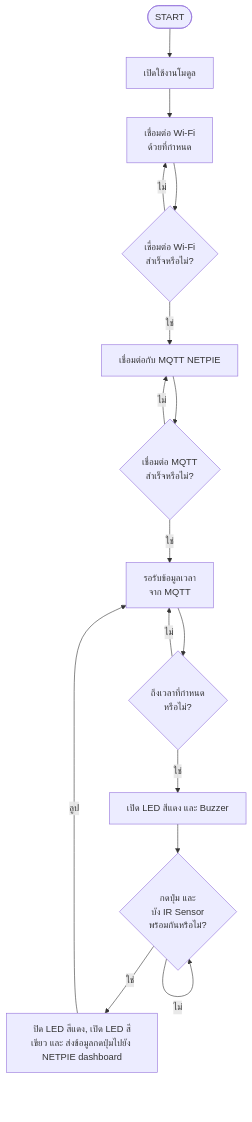
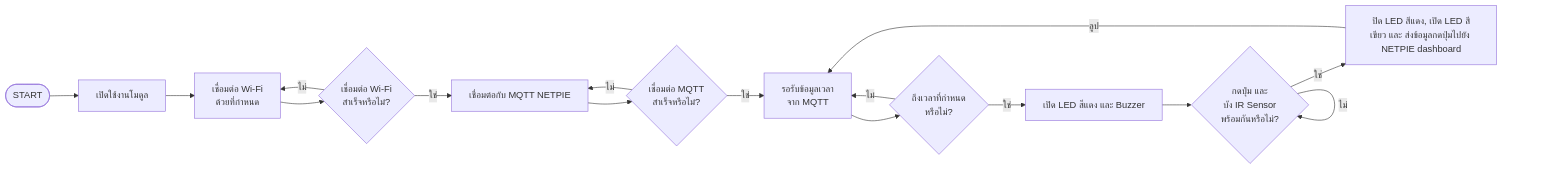
One commit to 1TestGame1/IoTTermProject changed the diagram in flowchart.md. Above: the diagram before and after it, drawn with Mermaid.

Commit message:
Change flowchart direction from TD to LR

````diff
--- a/flowchart.md
+++ b/flowchart.md
@@ -1,19 +1,19 @@
 ```mermaid
-flowchart TD
+flowchart LR
     A([START]) --> B[เปิดใช้งานโมดูล]
     B --> C[เชื่อมต่อ Wi-Fi<br/>ด้วยที่กำหนด]
     C --> D{เชื่อมต่อ Wi-Fi<br/>สำเร็จหรือไม่?}
     D -- ไม่ --> C
     D -- ใช่ --> E[เชื่อมต่อกับ MQTT NETPIE]
     E --> F{เชื่อมต่อ MQTT<br/>สำเร็จหรือไม่?}
     F -- ไม่ --> E
     F -- ใช่ --> G[รอรับข้อมูลเวลา<br/>จาก MQTT]
     G --> H{ถึงเวลาที่กำหนด<br/>หรือไม่?}
     H -- ไม่ --> G
     H -- ใช่ --> I[เปิด LED สีแดง และ Buzzer]
     I --> J{กดปุ่ม และ<br/>บัง IR Sensor<br/>พร้อมกันหรือไม่?}
     J -- ไม่ --> J
     J -- ใช่ --> K[ปิด LED สีแดง, เปิด LED สีเขียว และ ส่งข้อมูลกดปุ่มไปยัง NETPIE dashboard]
     K -- ลูป --> G 
 
 ```
````
